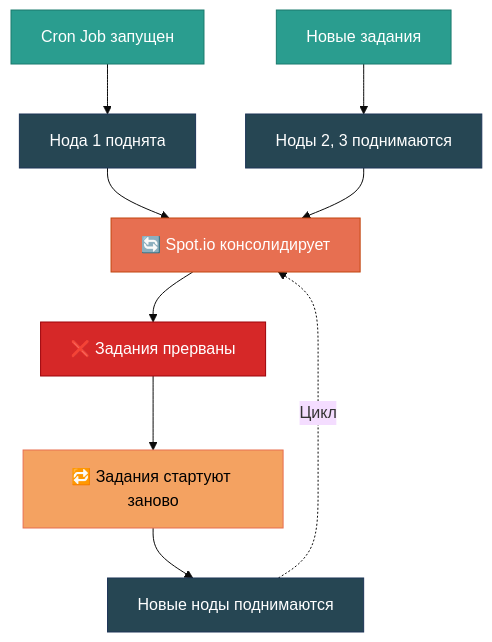
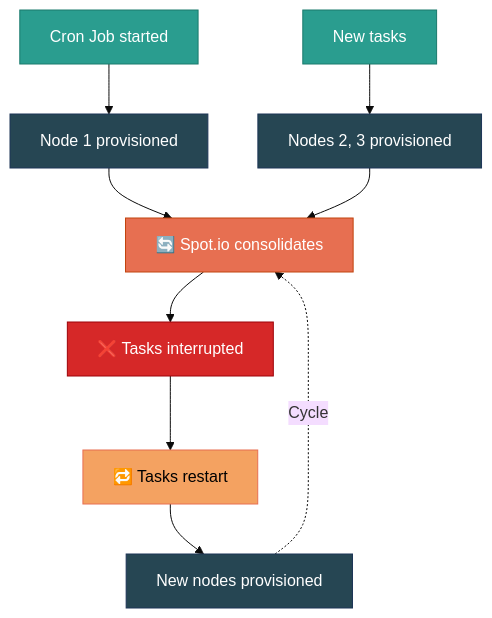
One commit to ViktorUJ/cks changed the third of 10 diagrams in docs/articles/from_spot_io_to_karpenter/readme.MD. Above: the diagram before and after it, drawn with Mermaid. The commit also changed other lines of this file and 1 other file, not shown here.

````diff
--- a/docs/articles/from_spot_io_to_karpenter/readme.MD
+++ b/docs/articles/from_spot_io_to_karpenter/readme.MD
@@ -146,28 +148,28 @@
 ```mermaid
 ---
 config:
   theme: base
   themeVariables:
     fontSize: 16px
     nodeSpacing: 40
     rankSpacing: 60
 ---
 graph TD
-    J1["Cron Job запущен"] --> N1["Нода 1 поднята"]
-    J2["Новые задания"] --> N2["Ноды 2, 3 поднимаются"]
-    N1 --> CONS["🔄 Spot.io консолидирует"]
+    J1["Cron Job started"] --> N1["Node 1 provisioned"]
+    J2["New tasks"] --> N2["Nodes 2, 3 provisioned"]
+    N1 --> CONS["🔄 Spot.io consolidates"]
     N2 --> CONS
-    CONS --> KILL["❌ Задания прерваны"]
-    KILL --> RESTART["🔁 Задания стартуют заново"]
-    RESTART --> N3["Новые ноды поднимаются"]
-    N3 -.->|"Цикл"| CONS
+    CONS --> KILL["❌ Tasks interrupted"]
+    KILL --> RESTART["🔁 Tasks restart"]
+    RESTART --> N3["New nodes provisioned"]
+    N3 -.->|"Cycle"| CONS
 
     style J1 fill:#2a9d8f,stroke:#1a7a6d,color:#fff
     style J2 fill:#2a9d8f,stroke:#1a7a6d,color:#fff
     style N1 fill:#264653,stroke:#1d3557,color:#fff
     style N2 fill:#264653,stroke:#1d3557,color:#fff
     style CONS fill:#e76f51,stroke:#c1440e,color:#fff
     style KILL fill:#d62828,stroke:#9d0208,color:#fff
     style RESTART fill:#f4a261,stroke:#e76f51,color:#000
     style N3 fill:#264653,stroke:#1d3557,color:#fff
 ```
````
